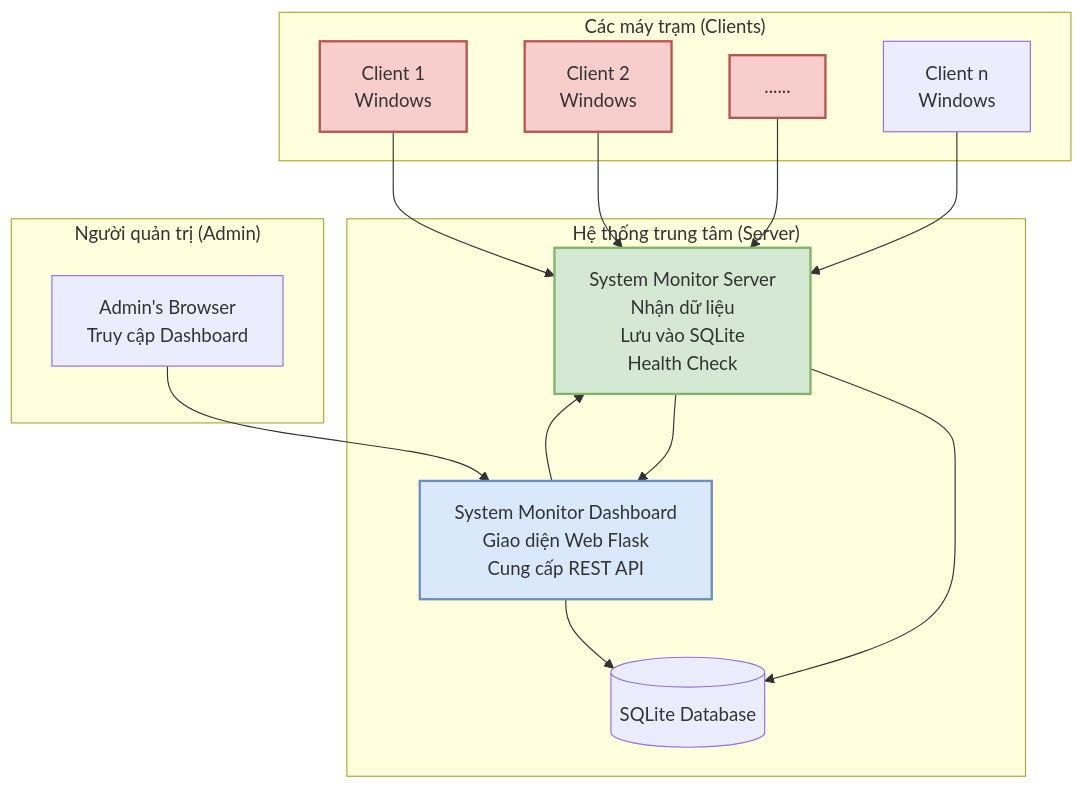
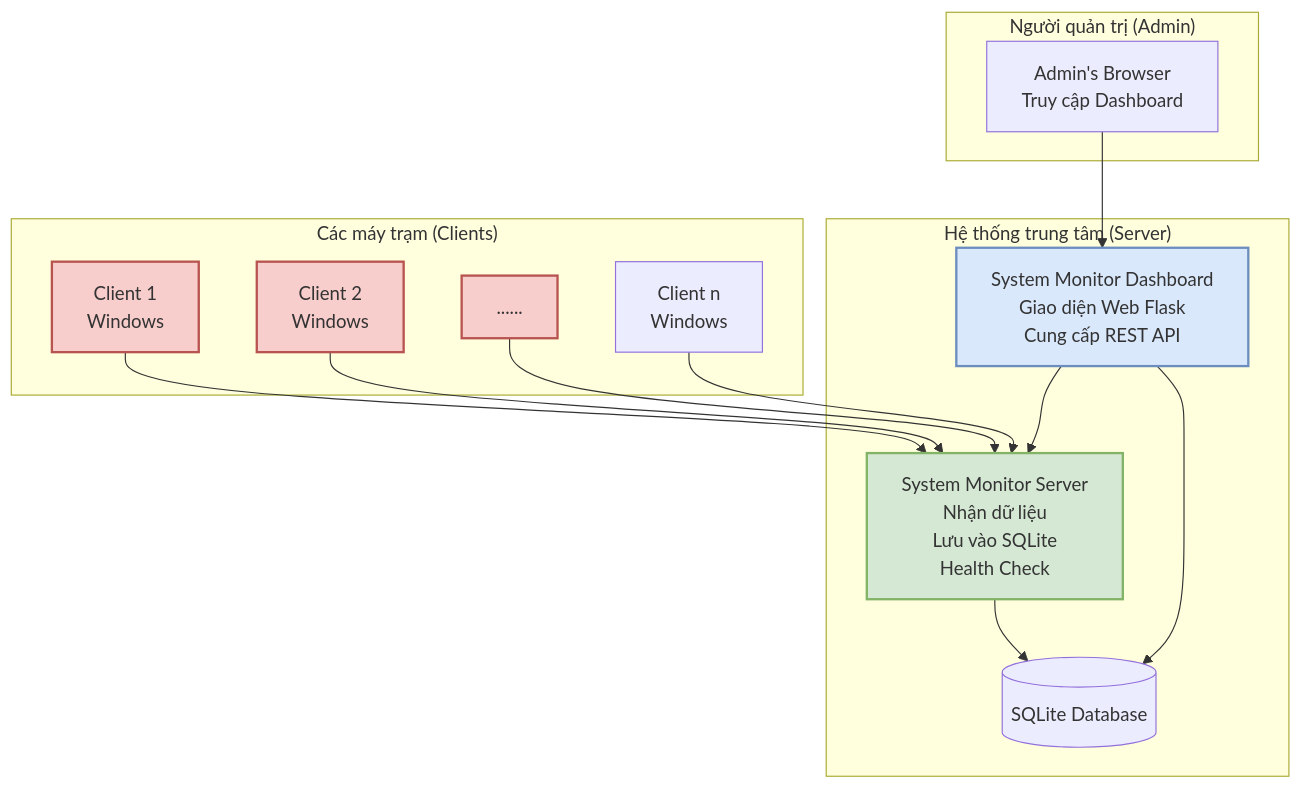
One commit to caophuocdanh/System-Monitor changed the diagram in README.md. Above: the diagram before and after it, drawn with Mermaid.

````diff
--- a/README.md
+++ b/README.md
@@ -56,35 +56,35 @@
 ```mermaid
 graph TD
     subgraph "Các máy trạm (Clients)"
         C1[Client 1 <br> Windows]
         C2[Client 2 <br> Windows]
         C3[......]
         C4[Client n <br> Windows]
     end
 
     subgraph "Hệ thống trung tâm (Server)"
         S[System Monitor Server <br>Nhận dữ liệu <br>Lưu vào SQLite <br>Health Check]
         DB[(SQLite Database)]
         DASH[System Monitor Dashboard <br>Giao diện Web Flask <br>Cung cấp REST API]
     end
 
     subgraph "Người quản trị (Admin)"
         ADMIN[Admin's Browser <br> Truy cập Dashboard]
     end
 
     C1 --> S
     C2 --> S
     C3 --> S
     C4 --> S
 
     S --> DB
     DASH --> DB
     ADMIN --> DASH
-    S --> DASH --> S
+    DASH --> S
 
     style S fill:#D5E8D4,stroke:#82B366,stroke-width:2px
     style DASH fill:#DAE8FC,stroke:#6C8EBF,stroke-width:2px
     style C1 fill:#F8CECC,stroke:#B85450,stroke-width:2px
     style C2 fill:#F8CECC,stroke:#B85450,stroke-width:2px
     style C3 fill:#F8CECC,stroke:#B85450,stroke-width:2px
 ```
````
